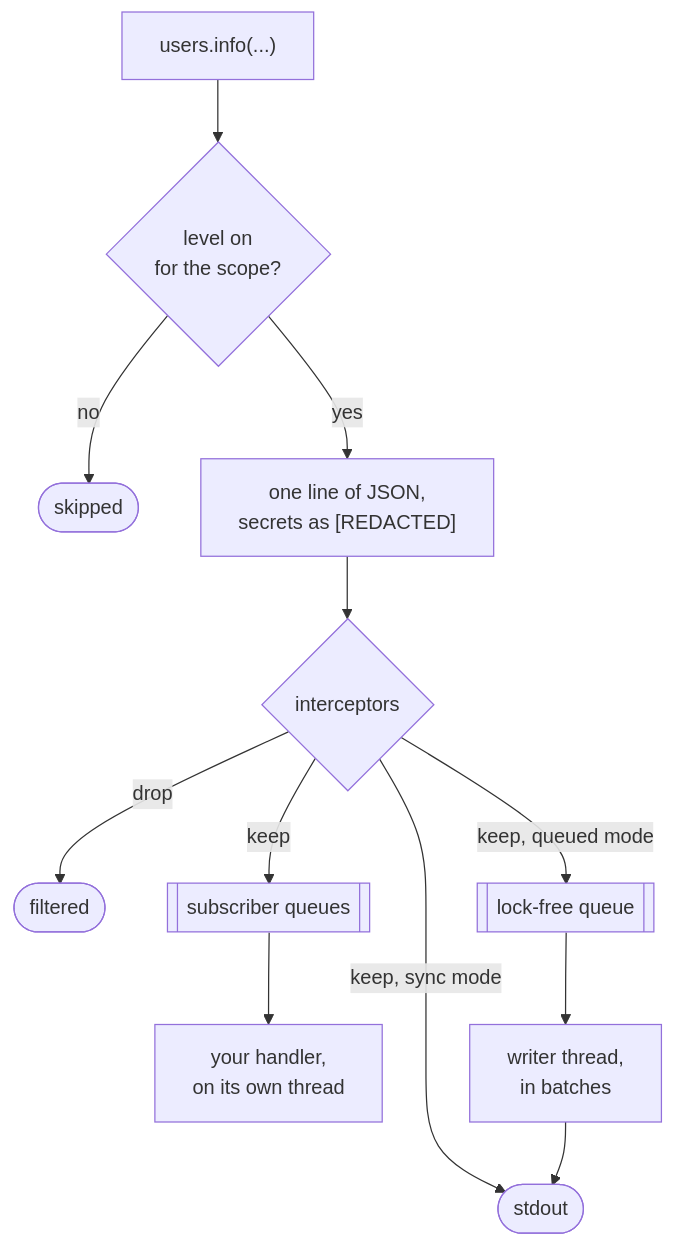
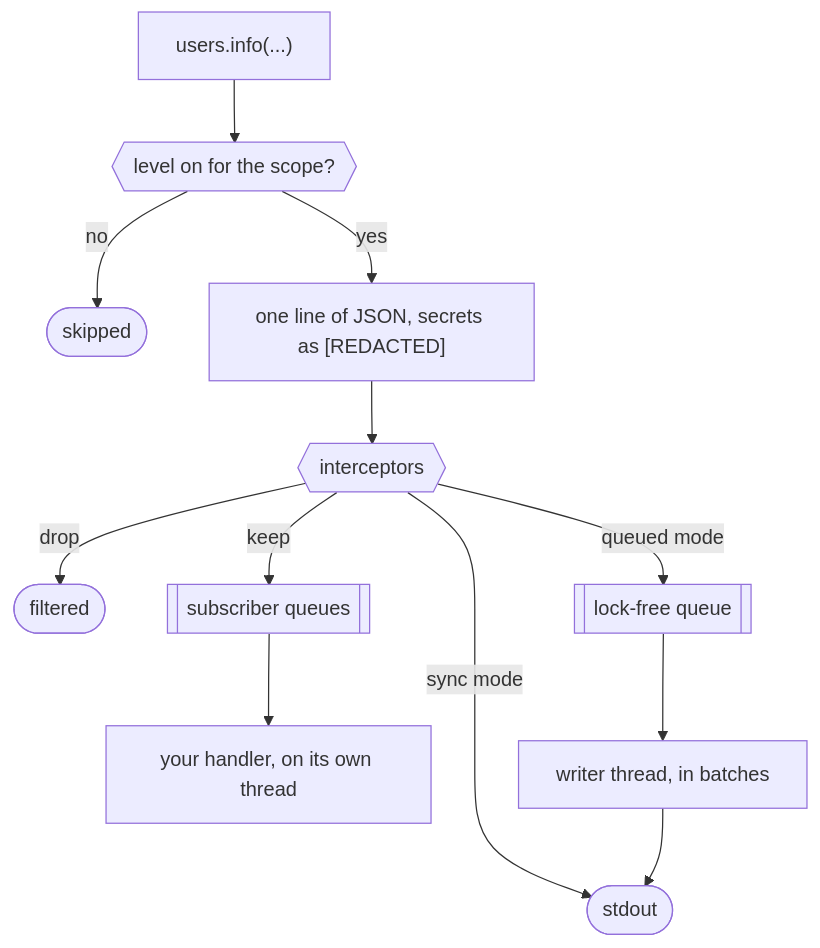
The first of 7 diagrams in src/log/examples/README.md (vkiryakov/zefir), drawn with Mermaid before and after one commit.

Commit message:
Use compact decision nodes in the record's path

````diff
--- a/src/log/examples/README.md
+++ b/src/log/examples/README.md
@@ -64,14 +64,14 @@
 ```mermaid
 flowchart TD
-    call["users.info(...)"] --> level{"level on<br/>for the scope?"}
+    call["users.info(...)"] --> level{{"level on for the scope?"}}
     level -->|no| skipped(["skipped"])
-    level -->|yes| encode["one line of JSON,<br/>secrets as [REDACTED]"]
-    encode --> hooks{"interceptors"}
+    level -->|yes| encode["one line of JSON, secrets as [REDACTED]"]
+    encode --> hooks{{"interceptors"}}
     hooks -->|drop| filtered(["filtered"])
     hooks -->|keep| subs[["subscriber queues"]]
-    hooks -->|keep, sync mode| stdout(["stdout"])
-    hooks -->|keep, queued mode| queue[["lock-free queue"]]
-    subs --> handler["your handler,<br/>on its own thread"]
-    queue --> writer["writer thread,<br/>in batches"]
+    hooks -->|sync mode| stdout(["stdout"])
+    hooks -->|queued mode| queue[["lock-free queue"]]
+    subs --> handler["your handler, on its own thread"]
+    queue --> writer["writer thread, in batches"]
     writer --> stdout
 ```
````
